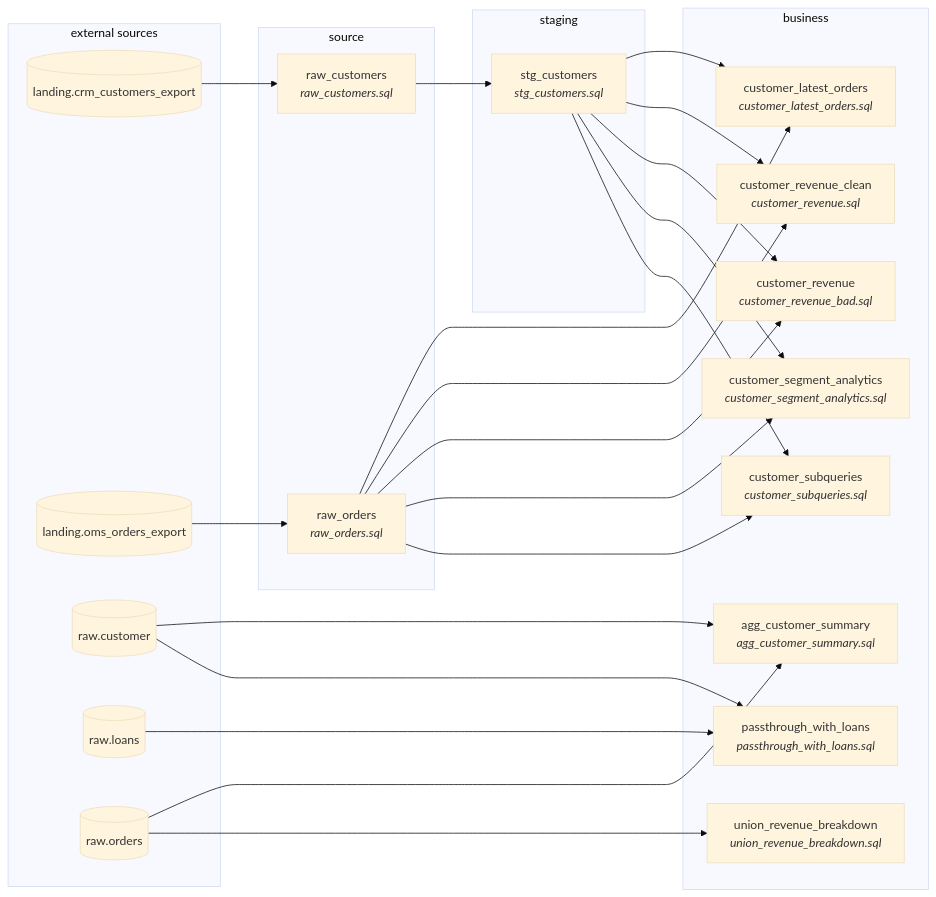
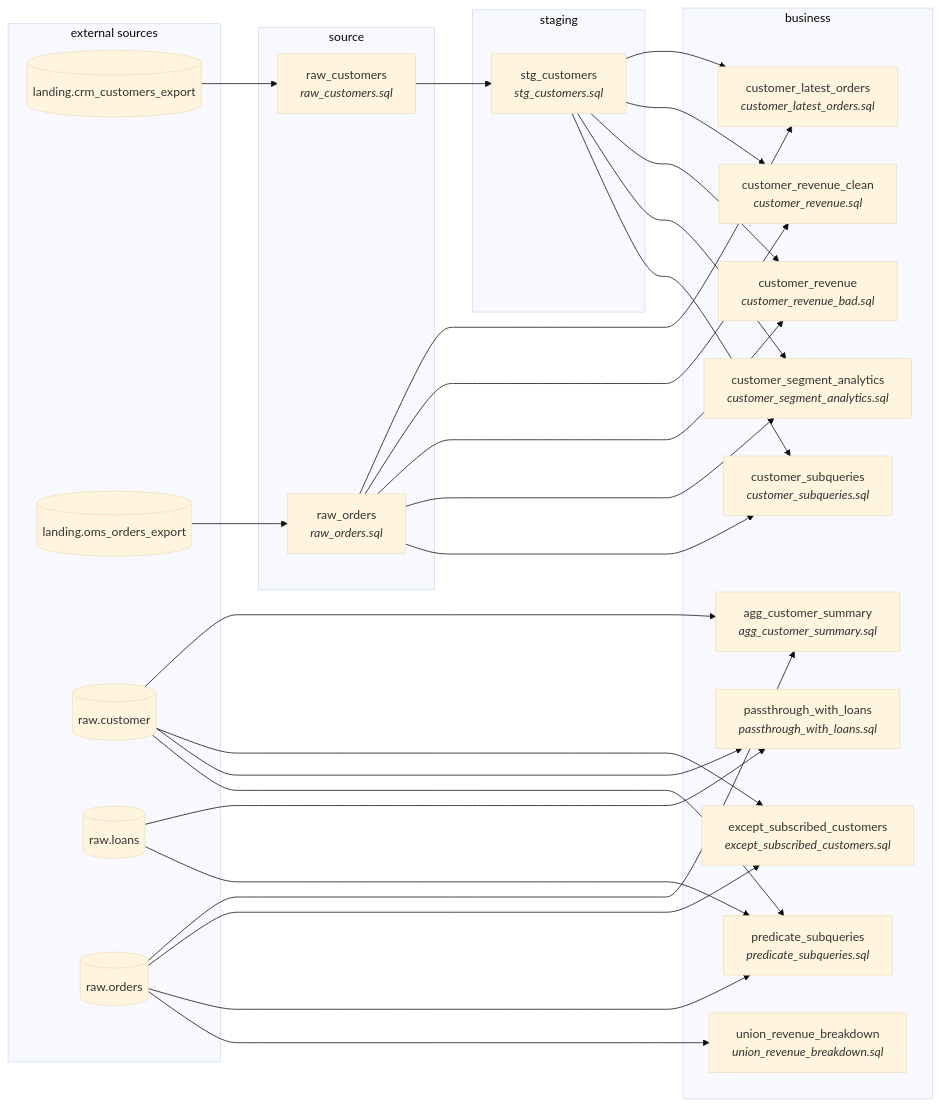
Before and after one commit to jacovanderlaan/mdde-demo: the diagram in examples/sql_process/expected_output/report.md, drawn with Mermaid (base theme). The commit also changed other lines of this file and 18 other files, not shown here.

First line of the commit message:
feat(sql_process): lift WHERE IN / WHERE EXISTS / EXCEPT subqueries (incl. correlated)

````diff
--- a/examples/sql_process/expected_output/report.md
+++ b/examples/sql_process/expected_output/report.md
@@ -123,45 +129,52 @@
 ```mermaid
 flowchart LR
   subgraph source
     raw_customers["raw_customers<br/><i>raw_customers.sql</i>"]
     raw_orders["raw_orders<br/><i>raw_orders.sql</i>"]
   end
   subgraph staging
     stg_customers["stg_customers<br/><i>stg_customers.sql</i>"]
   end
   subgraph business
     agg_customer_summary["agg_customer_summary<br/><i>agg_customer_summary.sql</i>"]
     customer_latest_orders["customer_latest_orders<br/><i>customer_latest_orders.sql</i>"]
     customer_revenue_clean["customer_revenue_clean<br/><i>customer_revenue.sql</i>"]
     customer_revenue["customer_revenue<br/><i>customer_revenue_bad.sql</i>"]
     customer_segment_analytics["customer_segment_analytics<br/><i>customer_segment_analytics.sql</i>"]
     customer_subqueries["customer_subqueries<br/><i>customer_subqueries.sql</i>"]
+    except_subscribed_customers["except_subscribed_customers<br/><i>except_subscribed_customers.sql</i>"]
     passthrough_with_loans["passthrough_with_loans<br/><i>passthrough_with_loans.sql</i>"]
+    predicate_subqueries["predicate_subqueries<br/><i>predicate_subqueries.sql</i>"]
     union_revenue_breakdown["union_revenue_breakdown<br/><i>union_revenue_breakdown.sql</i>"]
   end
   raw_customers --> stg_customers
   raw_orders --> customer_latest_orders
   raw_orders --> customer_revenue_clean
   raw_orders --> customer_revenue
   raw_orders --> customer_segment_analytics
   raw_orders --> customer_subqueries
   stg_customers --> customer_latest_orders
   stg_customers --> customer_revenue_clean
   stg_customers --> customer_revenue
   stg_customers --> customer_segment_analytics
   stg_customers --> customer_subqueries
   subgraph external ["external sources"]
     ext_landing_crm_customers_export[("landing.crm_customers_export")]
     ext_landing_oms_orders_export[("landing.oms_orders_export")]
     ext_raw_customer[("raw.customer")]
     ext_raw_loans[("raw.loans")]
     ext_raw_orders[("raw.orders")]
   end
   ext_landing_crm_customers_export --> raw_customers
   ext_landing_oms_orders_export --> raw_orders
   ext_raw_customer --> agg_customer_summary
+  ext_raw_customer --> except_subscribed_customers
   ext_raw_customer --> passthrough_with_loans
+  ext_raw_customer --> predicate_subqueries
   ext_raw_loans --> passthrough_with_loans
+  ext_raw_loans --> predicate_subqueries
   ext_raw_orders --> agg_customer_summary
+  ext_raw_orders --> except_subscribed_customers
+  ext_raw_orders --> predicate_subqueries
   ext_raw_orders --> union_revenue_breakdown
 ```
````
